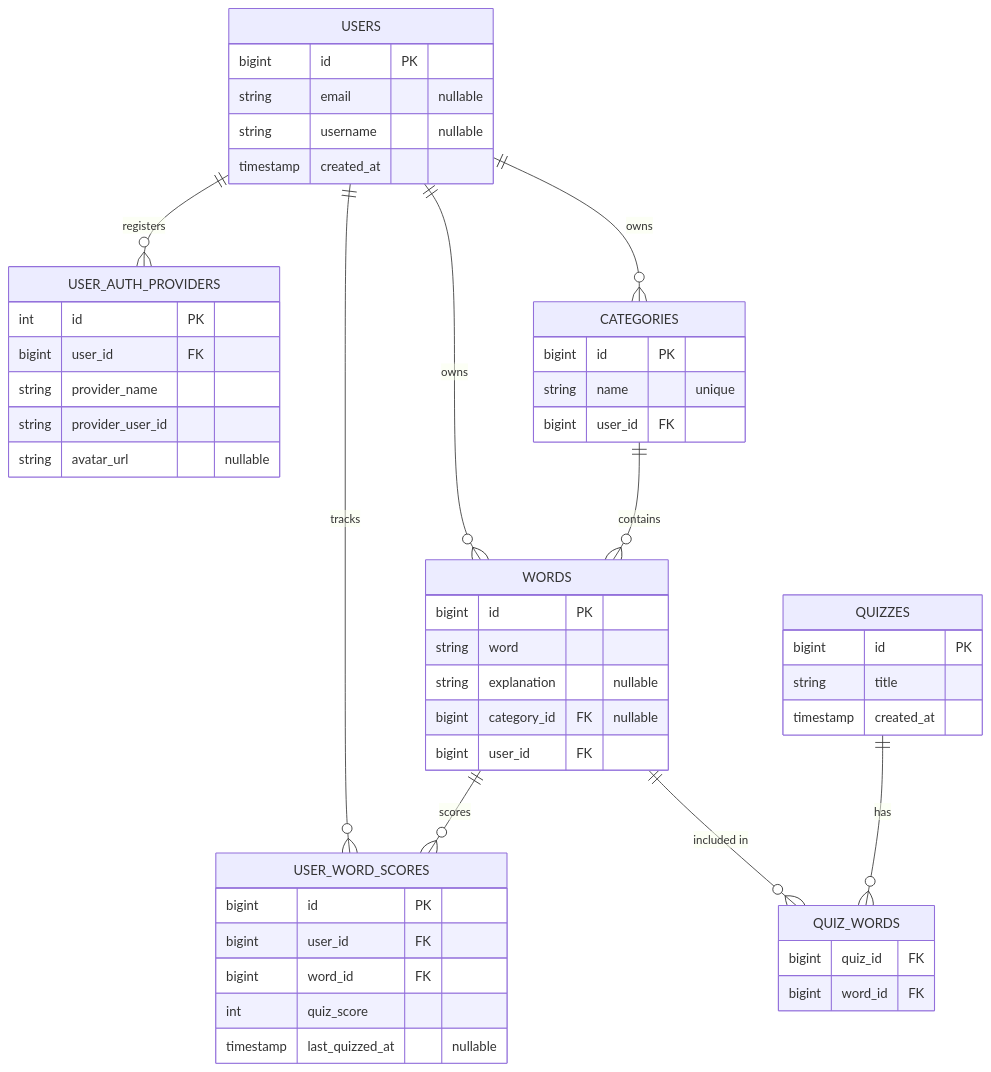
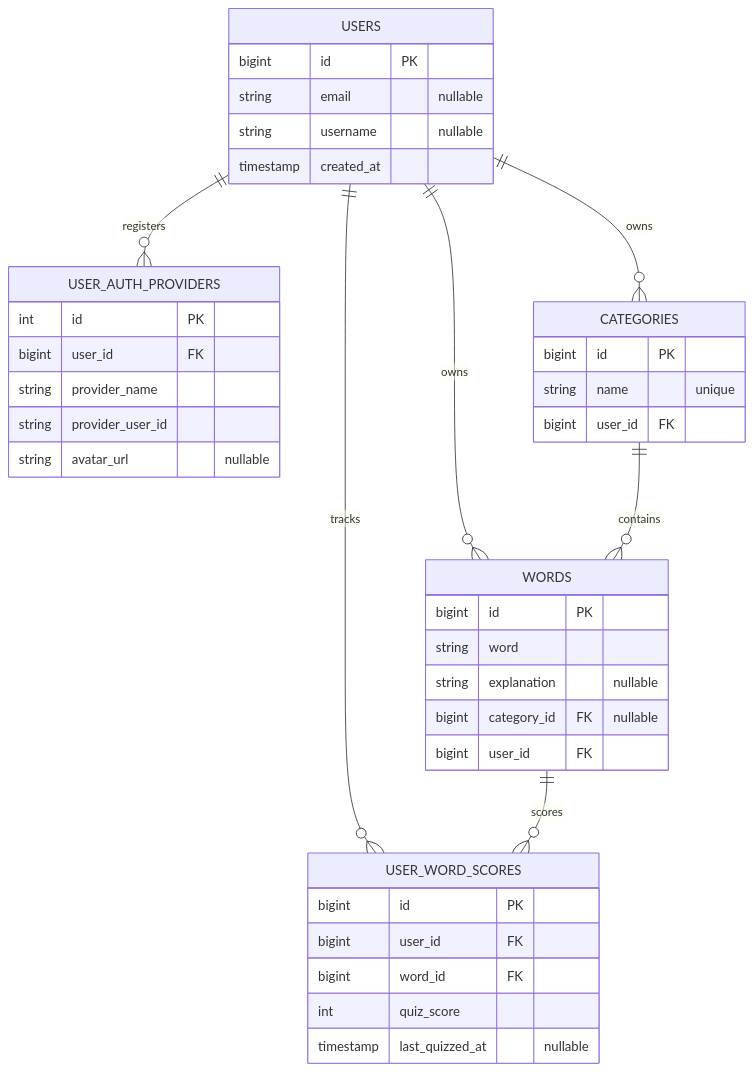
One commit to taltech-vanemarendajaks/team-01-glossaar changed the diagram in db_schema.mermaid. Above: the diagram before and after it, drawn with Mermaid.

Commit message:
remove redundant tables

```diff
--- a/db_schema.mermaid
+++ b/db_schema.mermaid
@@ -1,57 +1,57 @@
 erDiagram
     USERS ||--o{ USER_AUTH_PROVIDERS : registers
     USERS ||--o{ USER_WORD_SCORES : tracks
     USERS ||--o{ WORDS : owns
     USERS ||--o{ CATEGORIES : owns
     CATEGORIES ||--o{ WORDS : contains
-    WORDS ||--o{ QUIZ_WORDS : "included in"
-    QUIZZES ||--o{ QUIZ_WORDS : has
+    %% WORDS ||--o{ QUIZ_WORDS : "included in"
+    %% QUIZZES ||--o{ QUIZ_WORDS : has
     WORDS ||--o{ USER_WORD_SCORES : scores
 
     USERS {
         bigint id PK
         string email "nullable"
         string username "nullable"
         timestamp created_at
     }
 
     USER_AUTH_PROVIDERS {
         int id PK
         bigint user_id FK
         string provider_name
         string provider_user_id
         string avatar_url "nullable"
     }
 
     CATEGORIES {
         bigint id PK
         string name "unique"
         bigint user_id FK
     }
 
     WORDS {
         bigint id PK
         string word
         string explanation "nullable"
         bigint category_id FK "nullable"
         bigint user_id FK
     }
 
-    QUIZZES {
-        bigint id PK
-        string title
-        timestamp created_at
-    }
+    %% QUIZZES {
+    %%     bigint id PK
+    %%     string title
+    %%     timestamp created_at
+    %% }
 
-    QUIZ_WORDS {
-        bigint quiz_id FK
-        bigint word_id FK
-    }
+    %% QUIZ_WORDS {
+    %%     bigint quiz_id FK
+    %%     bigint word_id FK
+    %% }
 
     USER_WORD_SCORES {
         bigint id PK
         bigint user_id FK
         bigint word_id FK
         int quiz_score
         timestamp last_quizzed_at "nullable"
     }
```
